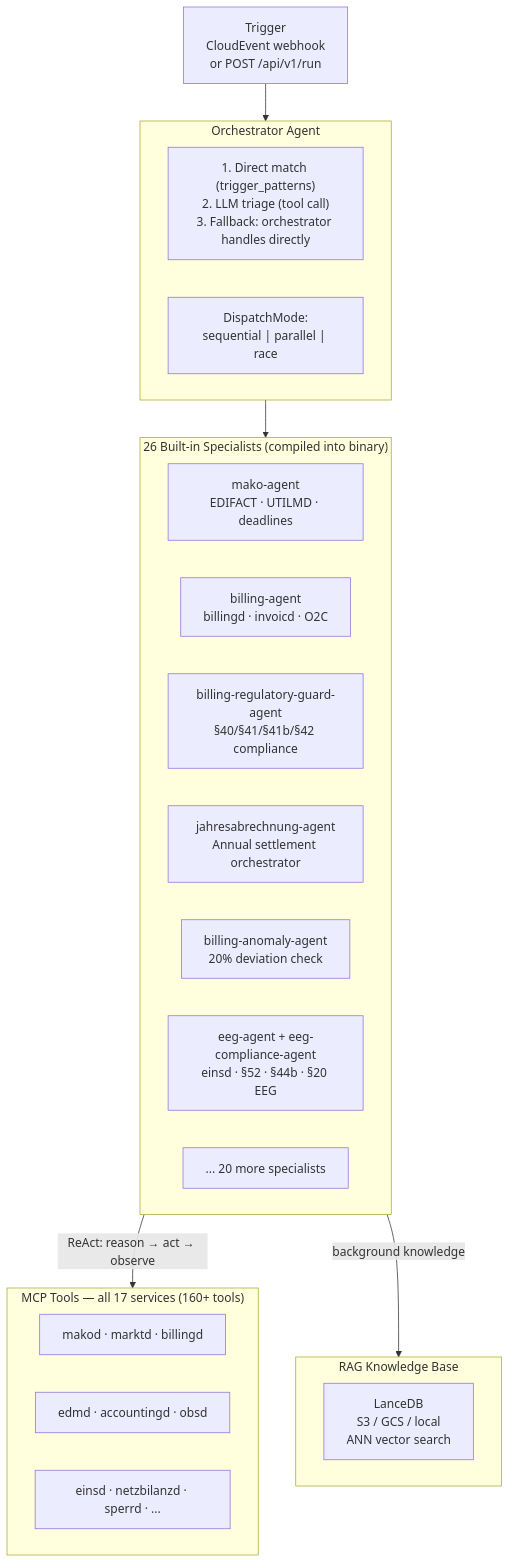
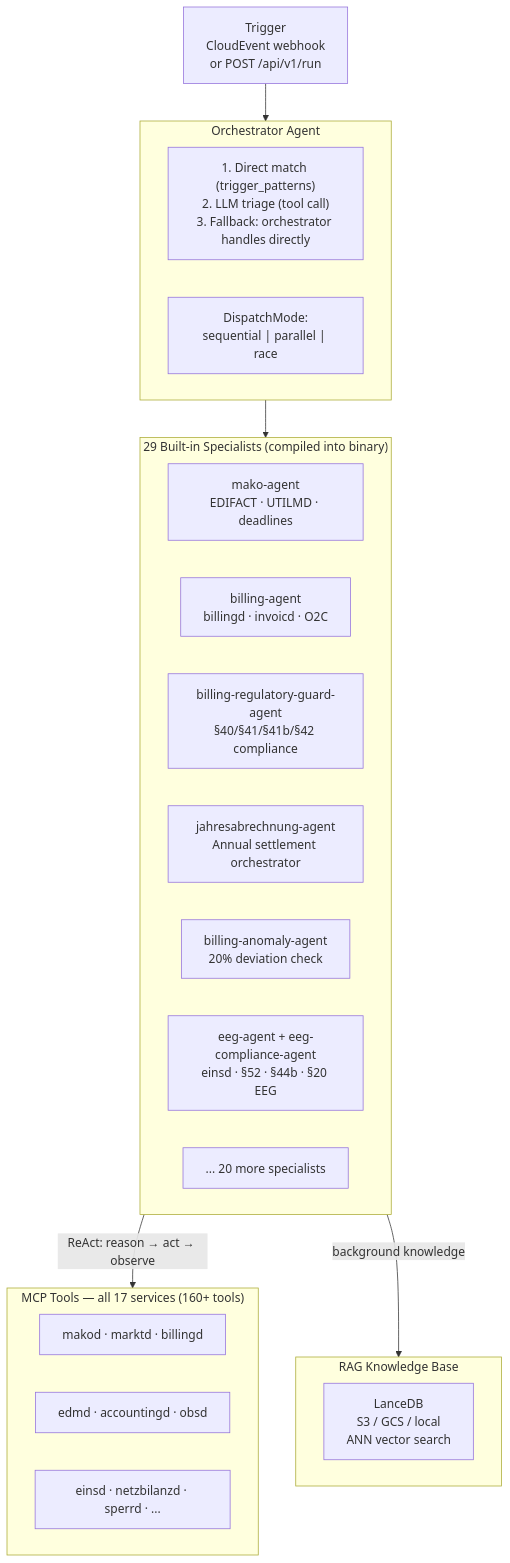
One commit to hupe1980/mako changed the first of 4 diagrams in docs/agentd.md. Above: the diagram before and after it, drawn with Mermaid. The commit also changed other lines of this file and 76 other files, not shown here.

````diff
--- a/docs/agentd.md
+++ b/docs/agentd.md
@@ -67,35 +68,35 @@
 ```mermaid
 graph TB
     TRIGGER["Trigger\nCloudEvent webhook\nor POST /api/v1/run"]
 
     subgraph orchestrator ["Orchestrator Agent"]
         ORCH["1. Direct match (trigger_patterns)\n2. LLM triage (tool call)\n3. Fallback: orchestrator handles directly"]
         MODE["DispatchMode:\nsequential | parallel | race"]
     end
 
-    subgraph builtin ["26 Built-in Specialists (compiled into binary)"]
+    subgraph builtin ["29 Built-in Specialists (compiled into binary)"]
         direction LR
         MAKO["mako-agent\nEDIFACT · UTILMD · deadlines"]
         BILLING["billing-agent\nbillingd · invoicd · O2C"]
         BILREG["billing-regulatory-guard-agent\n§40/§41/§41b/§42 compliance"]
         JAHRB["jahresabrechnung-agent\nAnnual settlement orchestrator"]
         ANOMALY["billing-anomaly-agent\n20% deviation check"]
         EEG["eeg-agent + eeg-compliance-agent\neinsd · §52 · §44b · §20 EEG"]
         MORE["... 20 more specialists"]
     end
 
     subgraph rag ["RAG Knowledge Base"]
         LANCE["LanceDB\nS3 / GCS / local\nANN vector search"]
     end
 
     subgraph tools ["MCP Tools — all 17 services (160+ tools)"]
         T1["makod · marktd · billingd"]
         T2["edmd · accountingd · obsd"]
         T3["einsd · netzbilanzd · sperrd · ..."]
     end
 
     TRIGGER --> orchestrator
     orchestrator --> builtin
     builtin -->|"ReAct: reason → act → observe"| tools
     builtin -->|"background knowledge"| rag
 ```
````
